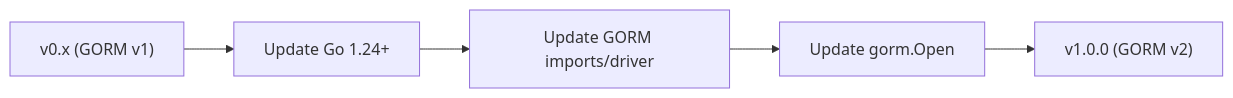
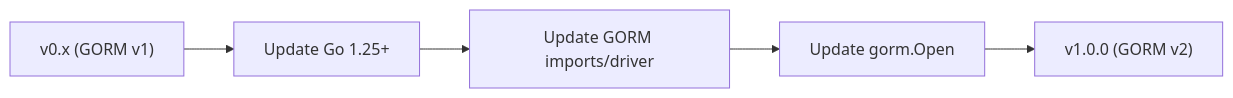
Before and after one commit to dxcSithLord/server-go-ssp-gormauthstore: the diagram in docs/UPGRADE_FROM_V0.md, drawn with Mermaid. The commit also changed other lines of this file and 14 other files, not shown here.

````diff
--- a/docs/UPGRADE_FROM_V0.md
+++ b/docs/UPGRADE_FROM_V0.md
@@ -17,7 +17,7 @@
 ```mermaid
 flowchart LR
-  V0["v0.x (GORM v1)"] --> UpdateGo["Update Go 1.24+"]
+  V0["v0.x (GORM v1)"] --> UpdateGo["Update Go 1.25+"]
   UpdateGo --> UpdateImports["Update GORM imports/driver"]
   UpdateImports --> UpdateConn["Update gorm.Open"]
   UpdateConn --> V1["v1.0.0 (GORM v2)"]
 ```
````
